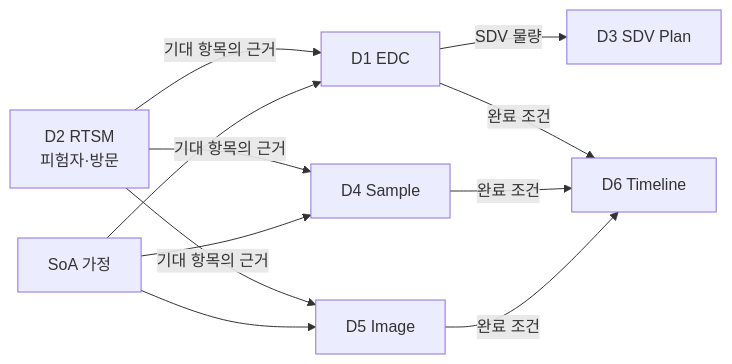
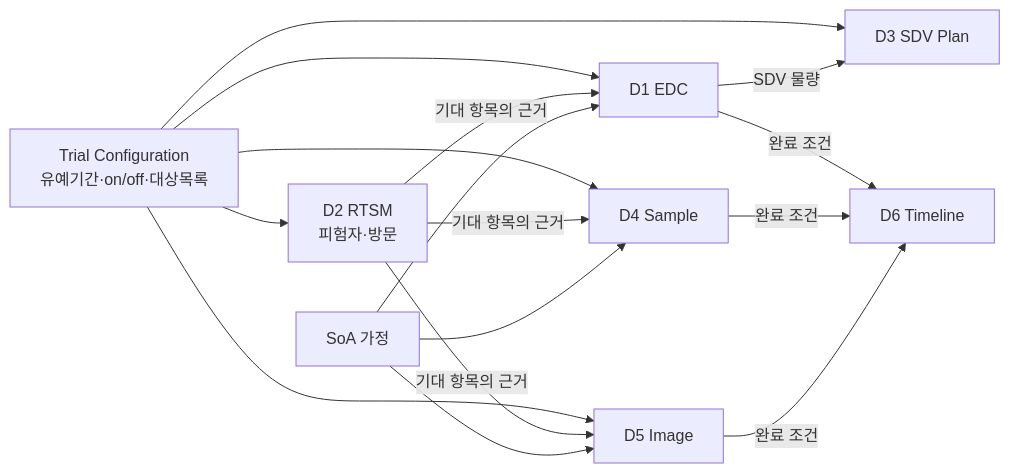
One commit to Dan5050-now/project1 changed the diagram in docs/concept/04-domain-concepts.md. Above: the diagram before and after it, drawn with Mermaid. The commit also changed other lines of this file and 14 other files, not shown here.

````diff
--- a/docs/concept/04-domain-concepts.md
+++ b/docs/concept/04-domain-concepts.md
@@ -415,11 +513,12 @@
 ```mermaid
 flowchart LR
+    CFG[Trial Configuration<br/>유예기간·on/off·대상목록] --> D1 & D2 & D3 & D4 & D5
     D2[D2 RTSM<br/>피험자·방문] -->|기대 항목의 근거| D1[D1 EDC]
     D2 -->|기대 항목의 근거| D4[D4 Sample]
     D2 -->|기대 항목의 근거| D5[D5 Image]
     D1 -->|SDV 물량| D3[D3 SDV Plan]
     D1 -->|완료 조건| D6[D6 Timeline]
     D4 -->|완료 조건| D6
     D5 -->|완료 조건| D6
     SOA[SoA 가정] --> D1 & D4 & D5
 ```
````
